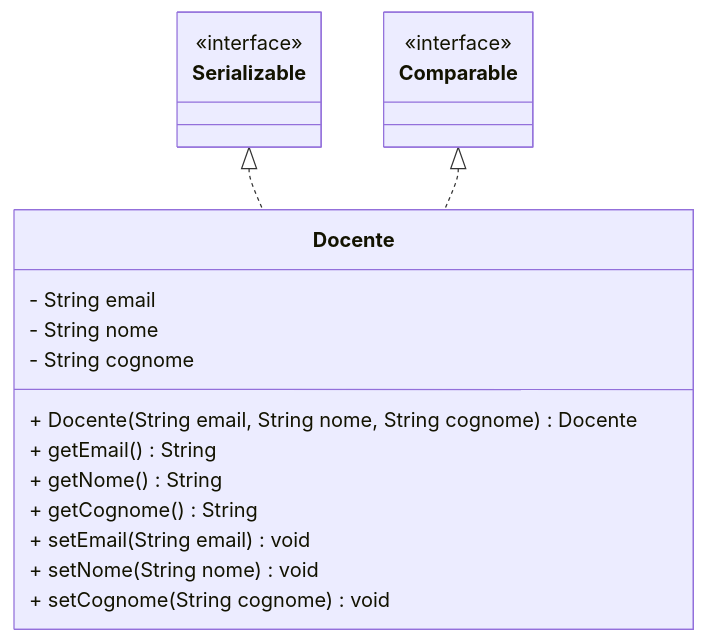
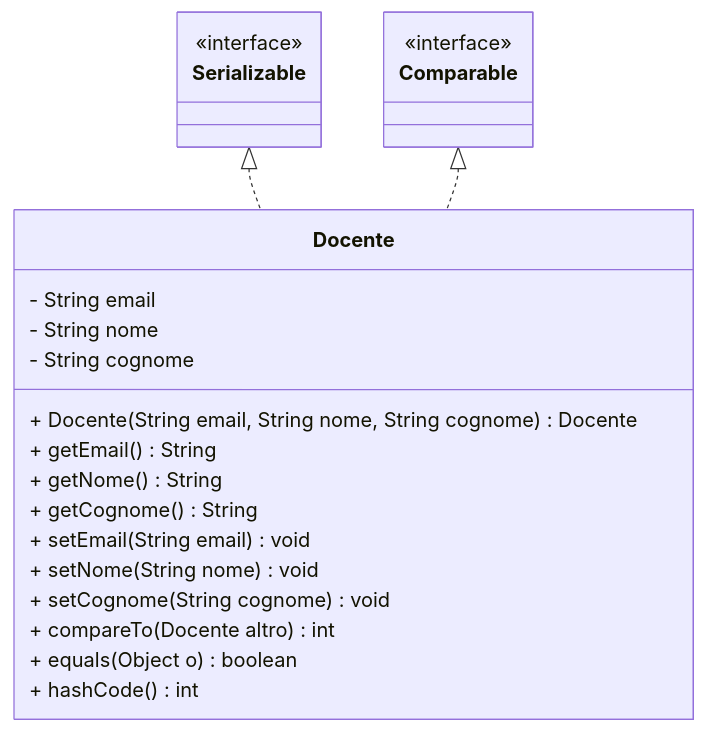
The diagram in diagrams/docenteClassDiagram.md (gcarbone48/PrenotazioneAule5), drawn with Mermaid before and after one commit. The commit also changed 2 other files, not shown here.

Commit message:
FEAT: aggiunta hashCode, compareTo, equals

````diff
--- a/diagrams/docenteClassDiagram.md
+++ b/diagrams/docenteClassDiagram.md
@@ -1,27 +1,31 @@
 ```mermaid
 classDiagram
 
     class Serializable {
               <<interface>>
     }
     class Comparable {
               <<interface>>
     }
 
     Serializable <|.. Docente
     Comparable <|.. Docente
 
     class Docente{
         - String email
         %% univoca      
         - String nome
         - String cognome
         + Docente(String email, String nome, String cognome) Docente
         + getEmail() String
         + getNome() String
         + getCognome() String
         + setEmail(String email) void
         + setNome(String nome) void
-        + setCognome(String cognome) void        
+        + setCognome(String cognome) void       
+
+        + compareTo(Docente altro) int
+        + equals(Object o) boolean
+        + hashCode() int
     }
 ```
````
